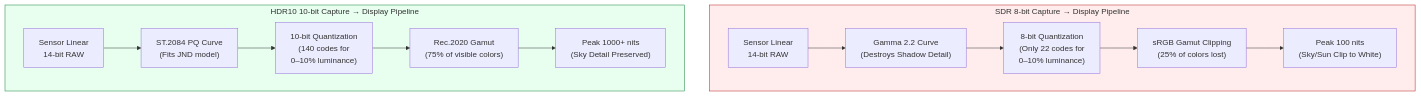
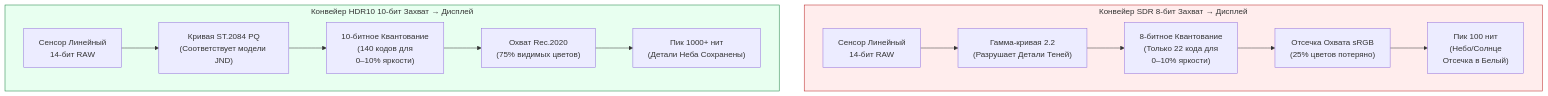
One commit to zoozooll/AndroidCameraParameters changed the first of 2 diagrams in website/i18n/ru/docusaurus-plugin-content-docs/current/camera2/hdr-and-ultra-hdr.md. Above: the diagram before and after it, drawn with Mermaid. The commit also changed other lines of this file and 378 other files, not shown here.

````diff
--- a/website/i18n/ru/docusaurus-plugin-content-docs/current/camera2/hdr-and-ultra-hdr.md
+++ b/website/i18n/ru/docusaurus-plugin-content-docs/current/camera2/hdr-and-ultra-hdr.md
@@ -33,19 +33,19 @@
 ```mermaid
 flowchart TD
-    subgraph SDRpath["SDR 8-bit Capture → Display Pipeline"]
-        S1["Sensor Linear\n14-bit RAW"] --> S2["Gamma 2.2 Curve\n(Destroys Shadow Detail)"]
-        S2 --> S3["8-bit Quantization\n(Only 22 codes for\n0–10% luminance)"]
-        S3 --> S4["sRGB Gamut Clipping\n(25% of colors lost)"]
-        S4 --> S5["Peak 100 nits\n(Sky/Sun Clip to White)"]
+    subgraph SDRpath["Конвейер SDR 8-бит Захват → Дисплей"]
+        S1["Сенсор Линейный<br/>14-бит RAW"] --> S2["Гамма-кривая 2.2<br/>(Разрушает Детали Теней)"]
+        S2 --> S3["8-битное Квантование<br/>(Только 22 кода для<br/>0–10% яркости)"]
+        S3 --> S4["Отсечка Охвата sRGB<br/>(25% цветов потеряно)"]
+        S4 --> S5["Пик 100 нит<br/>(Небо/Солнце<br/>Отсечка в Белый)"]
     end
 
-    subgraph HDRpath["HDR10 10-bit Capture → Display Pipeline"]
-        H1["Sensor Linear\n14-bit RAW"] --> H2["ST.2084 PQ Curve\n(Fits JND model)"]
-        H2 --> H3["10-bit Quantization\n(140 codes for\n0–10% luminance)"]
-        H3 --> H4["Rec.2020 Gamut\n(75% of visible colors)"]
-        H4 --> H5["Peak 1000+ nits\n(Sky Detail Preserved)"]
+    subgraph HDRpath["Конвейер HDR10 10-бит Захват → Дисплей"]
+        H1["Сенсор Линейный<br/>14-бит RAW"] --> H2["Кривая ST.2084 PQ<br/>(Соответствует модели JND)"]
+        H2 --> H3["10-битное Квантование<br/>(140 кодов для<br/>0–10% яркости)"]
+        H3 --> H4["Охват Rec.2020<br/>(75% видимых цветов)"]
+        H4 --> H5["Пик 1000+ нит<br/>(Детали Неба Сохранены)"]
     end
 
     style SDRpath fill:#ffeded,stroke:#b91c1c
     style HDRpath fill:#e8fff0,stroke:#15803d
 ```
````
